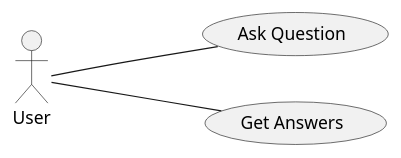
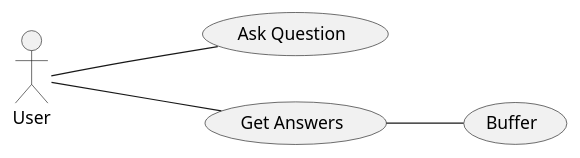
One commit to ziontee113/mynvimconfig changed the diagram in wiki/StackOverflowPlugin.md. Above: the diagram before and after it, drawn with PlantUML. The commit also changed other lines of this file and 2 other files, not shown here.

```diff
--- a/wiki/StackOverflowPlugin.md
+++ b/wiki/StackOverflowPlugin.md
@@ -6,8 +6,10 @@
 @startuml
 left to right direction
 actor "User" as user
 usecase "Ask Question" as askQuestion
 usecase "Get Answers" as getAnswers
 user --- askQuestion
 user --- getAnswers
+usecase "Buffer" as buffer
+getAnswers -- buffer
 @enduml
```
